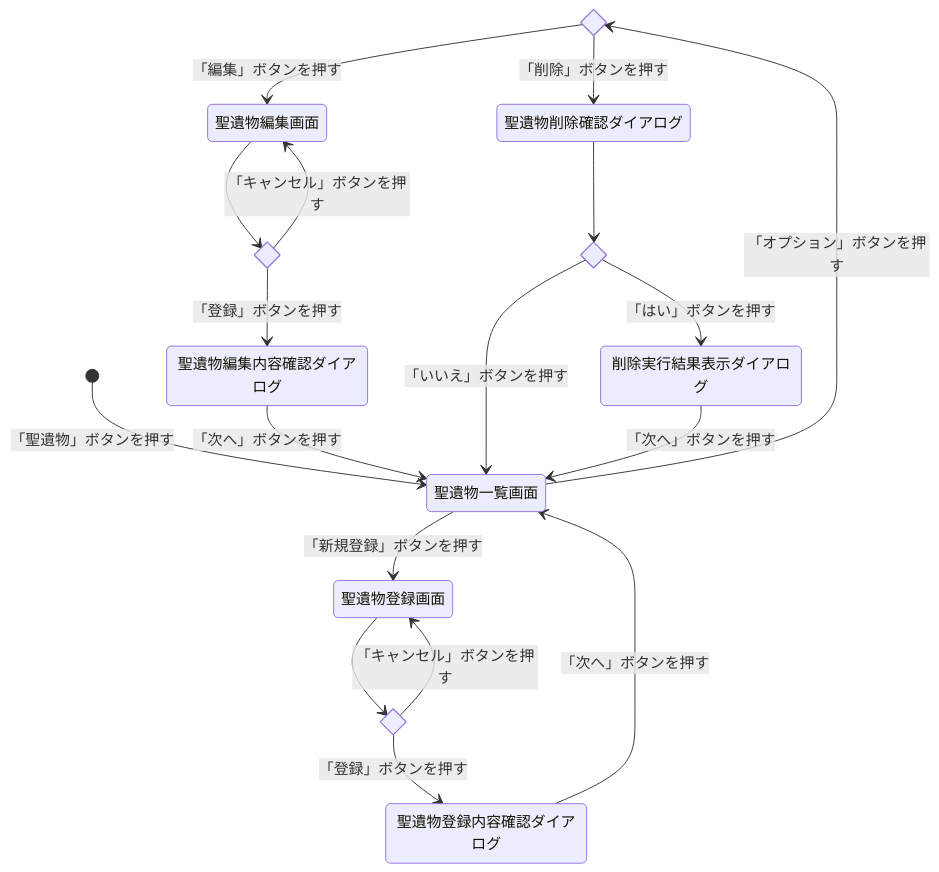
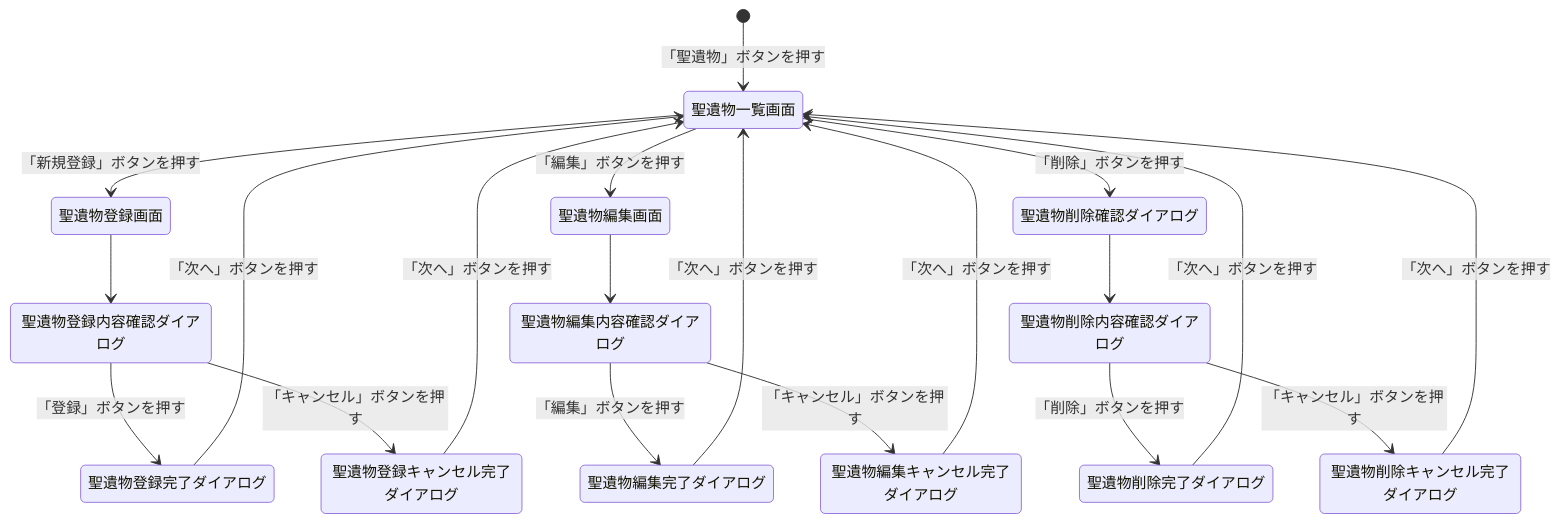
One commit to Ryosuke-Yamasaki/Genshin-Desktop-App changed the first of 6 diagrams in README.md. Above: the diagram before and after it, drawn with Mermaid.

````diff
--- a/README.md
+++ b/README.md
@@ -178,25 +178,22 @@
 ```mermaid
 stateDiagram-v2
-  state if_オプション <<choice>>
-  state if_登録 <<choice>>
-  state if_編集 <<choice>>
-  state if_削除 <<choice>>
-
   [*] --> 聖遺物一覧画面 : 「聖遺物」ボタンを押す
   聖遺物一覧画面 --> 聖遺物登録画面 : 「新規登録」ボタンを押す
-  聖遺物一覧画面 --> if_オプション : 「オプション」ボタンを押す
-  if_オプション --> 聖遺物編集画面 : 「編集」ボタンを押す
-  if_オプション --> 聖遺物削除確認ダイアログ : 「削除」ボタンを押す
-  聖遺物登録画面 --> if_登録
-  if_登録 --> 聖遺物登録内容確認ダイアログ : 「登録」ボタンを押す
-  if_登録 --> 聖遺物登録画面 : 「キャンセル」ボタンを押す
-  聖遺物登録内容確認ダイアログ --> 聖遺物一覧画面 : 「次へ」ボタンを押す
-  聖遺物編集画面 --> if_編集
-  if_編集 --> 聖遺物編集内容確認ダイアログ : 「登録」ボタンを押す
-  if_編集 --> 聖遺物編集画面 : 「キャンセル」ボタンを押す
-  聖遺物編集内容確認ダイアログ --> 聖遺物一覧画面 : 「次へ」ボタンを押す
-  聖遺物削除確認ダイアログ --> if_削除
-  if_削除 --> 削除実行結果表示ダイアログ : 「はい」ボタンを押す
-  if_削除 --> 聖遺物一覧画面 : 「いいえ」ボタンを押す
-  削除実行結果表示ダイアログ --> 聖遺物一覧画面 : 「次へ」ボタンを押す
+  聖遺物一覧画面 --> 聖遺物編集画面 : 「編集」ボタンを押す
+  聖遺物一覧画面 --> 聖遺物削除確認ダイアログ : 「削除」ボタンを押す
+  聖遺物登録画面 --> 聖遺物登録内容確認ダイアログ
+  聖遺物登録内容確認ダイアログ --> 聖遺物登録完了ダイアログ : 「登録」ボタンを押す
+  聖遺物登録内容確認ダイアログ --> 聖遺物登録キャンセル完了ダイアログ : 「キャンセル」ボタンを押す
+  聖遺物登録完了ダイアログ --> 聖遺物一覧画面 : 「次へ」ボタンを押す
+  聖遺物登録キャンセル完了ダイアログ --> 聖遺物一覧画面 : 「次へ」ボタンを押す
+  聖遺物編集画面 --> 聖遺物編集内容確認ダイアログ
+  聖遺物編集内容確認ダイアログ --> 聖遺物編集完了ダイアログ : 「編集」ボタンを押す
+  聖遺物編集内容確認ダイアログ --> 聖遺物編集キャンセル完了ダイアログ : 「キャンセル」ボタンを押す
+  聖遺物編集完了ダイアログ --> 聖遺物一覧画面 : 「次へ」ボタンを押す
+  聖遺物編集キャンセル完了ダイアログ --> 聖遺物一覧画面 : 「次へ」ボタンを押す
+  聖遺物削除確認ダイアログ --> 聖遺物削除内容確認ダイアログ
+  聖遺物削除内容確認ダイアログ --> 聖遺物削除完了ダイアログ : 「削除」ボタンを押す
+  聖遺物削除内容確認ダイアログ --> 聖遺物削除キャンセル完了ダイアログ : 「キャンセル」ボタンを押す
+  聖遺物削除完了ダイアログ --> 聖遺物一覧画面 : 「次へ」ボタンを押す
+  聖遺物削除キャンセル完了ダイアログ --> 聖遺物一覧画面 : 「次へ」ボタンを押す
 ```
````
